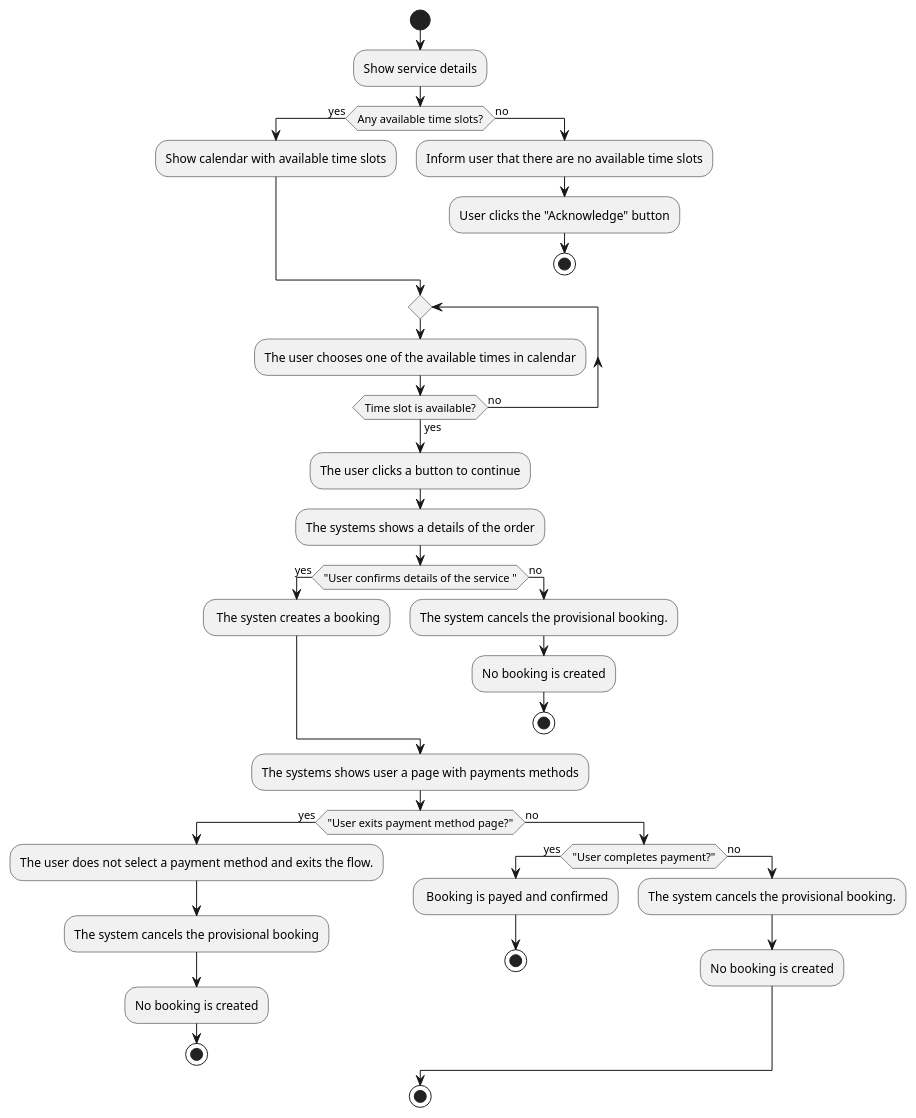
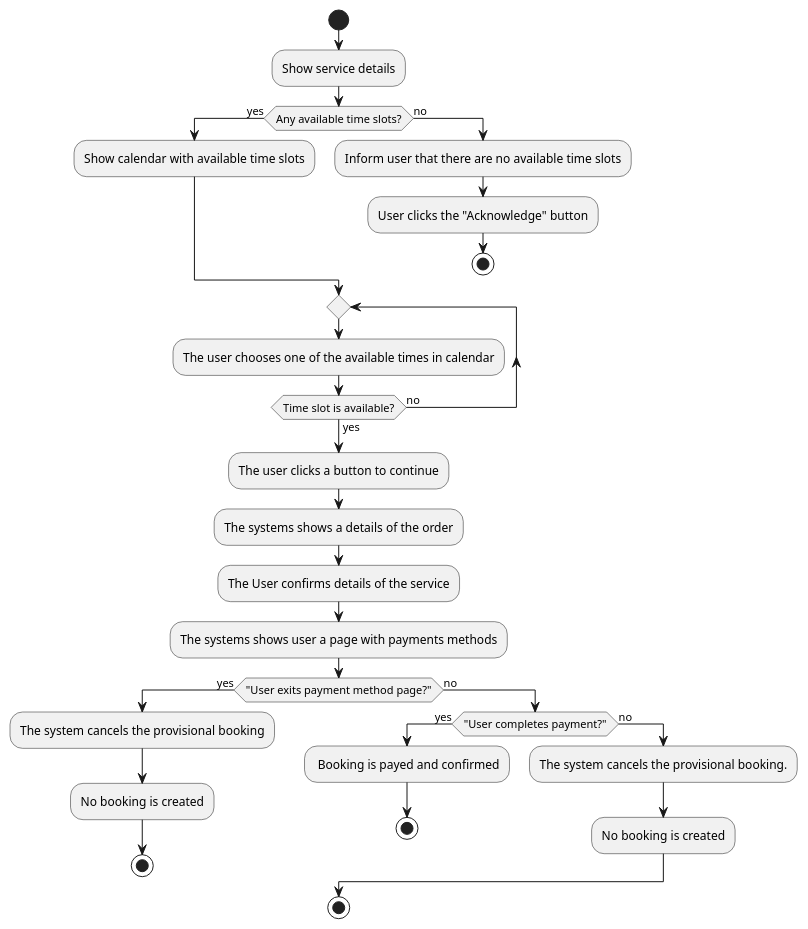
Before and after one commit to JuhTyg010/Vellure-NSWI041: the diagram in uml/uml-usecase-book-service_activity_diagram.plantuml, drawn with PlantUML. The commit also changed 4 other files, not shown here.

Commit message:
Fixed uml digrams

```diff
--- a/uml/uml-usecase-book-service_activity_diagram.plantuml
+++ b/uml/uml-usecase-book-service_activity_diagram.plantuml
@@ -1,48 +1,41 @@
 @startuml
 start
 
 :Show service details;
 if (Any available time slots?) then (yes)
     :Show calendar with available time slots;
 else (no)
     :Inform user that there are no available time slots;
     :User clicks the "Acknowledge" button;
     stop
 endif
 
 
 label time_slot
 repeat 
     :The user chooses one of the available times in calendar; 
 
 repeat while (Time slot is available?) is (no) not (yes)
 
 :The user clicks a button to continue;
 :The systems shows a details of the order;
 
-if ("User confirms details of the service ") then (yes)
-    : The systen creates a booking;
-else (no)
-    :The system cancels the provisional booking.;
-    :No booking is created;
-    stop
-endif
+:The User confirms details of the service;
 
 :The systems shows user a page with payments methods;
 if ("User exits payment method page?") then (yes)
-    :The user does not select a payment method and exits the flow.;
     :The system cancels the provisional booking;
     :No booking is created;
     stop
 else (no)
     if ("User completes payment?") then (yes)
         : Booking is payed and confirmed;
         stop
     else (no)
         :The system cancels the provisional booking.;
         :No booking is created;
     endif
 endif
 
 stop
 @enduml
```
